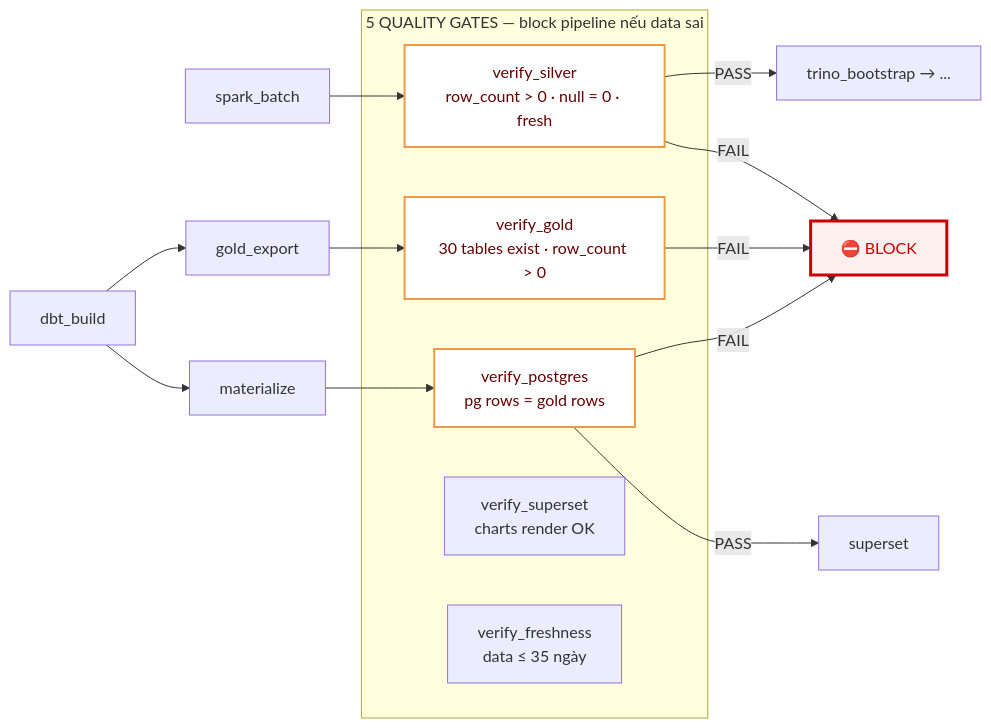
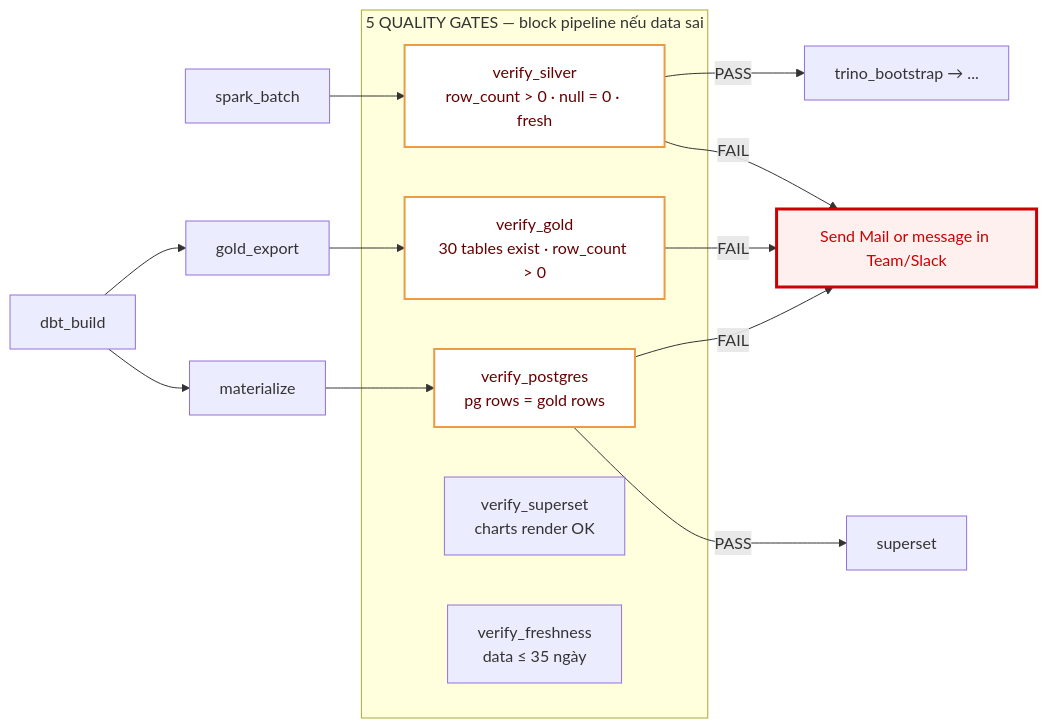
The fourth of 10 diagrams in README.md (DawieMalmsteel/nyc_new), drawn with Mermaid before and after one commit.

````diff
--- a/README.md
+++ b/README.md
@@ -176,23 +176,23 @@
 ```mermaid
 %%{init: {'theme': 'default', 'themeVariables': {'background': '#ffffff'}}}%%
 flowchart LR
     subgraph GATES["5 QUALITY GATES — block pipeline nếu data sai"]
         V1["verify_silver<br/>row_count > 0 · null = 0 · fresh"]
         V2["verify_gold<br/>30 tables exist · row_count > 0"]
         V3["verify_postgres<br/>pg rows = gold rows"]
         V4["verify_superset<br/>charts render OK"]
         V5["verify_freshness<br/>data ≤ 35 ngày"]
     end
 
     BATCH["spark_batch"] --> V1 -->|PASS| TB["trino_bootstrap → ..."]
-    V1 -->|FAIL| BLOCK["⛔ BLOCK"]
+    V1 -->|FAIL| BLOCK["Send Mail or message in Team/Slack"]
 
     DBT["dbt_build"] --> GE["gold_export"] --> V2 -->|FAIL| BLOCK
     DBT --> MP["materialize"] --> V3 -->|PASS| SUP["superset"]
     V3 -->|FAIL| BLOCK
 
     style V1 fill:#fff,stroke:#e94,stroke-width:2px,color:#600
     style V2 fill:#fff,stroke:#e94,stroke-width:2px,color:#600
     style V3 fill:#fff,stroke:#e94,stroke-width:2px,color:#600
     style BLOCK fill:#fff0f0,stroke:#c00,stroke-width:3px,color:#c00
 ```
````
